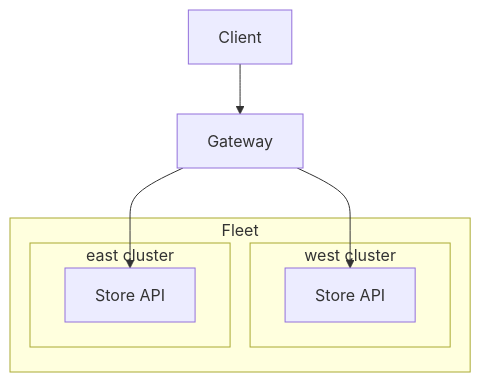
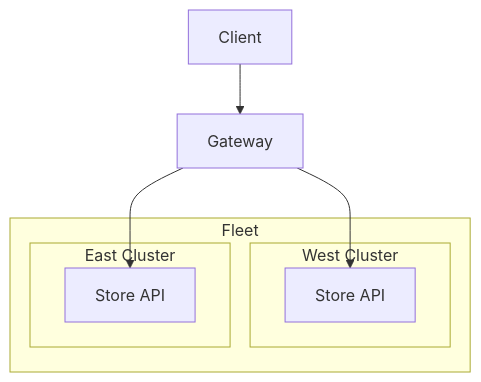
One commit to danny-yamamoto/terraform-multi-cluster-gateways changed the second of 2 diagrams in articles/9e9128fd3b867d.md. Above: the diagram before and after it, drawn with Mermaid. The commit also changed other lines of this file, not shown here.

````diff
--- a/articles/9e9128fd3b867d.md
+++ b/articles/9e9128fd3b867d.md
@@ -43,16 +76,16 @@
 ```mermaid
 graph TD;
     client[Client]
     gateway[Gateway]
     subgraph fleet [Fleet]
-        subgraph one [west cluster]
+        subgraph one [West Cluster]
         store1[Store API]
         end
-        subgraph two [east cluster]
+        subgraph two [East Cluster]
         store2[Store API]
         end
     end
     client-->gateway;
     gateway-->store1
     gateway-->store2
 ```
````
